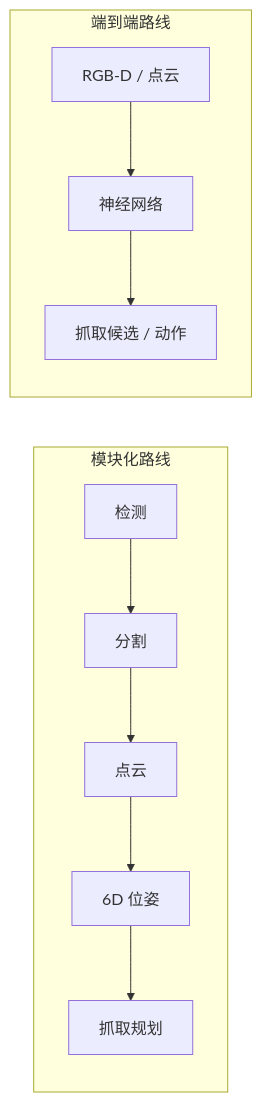
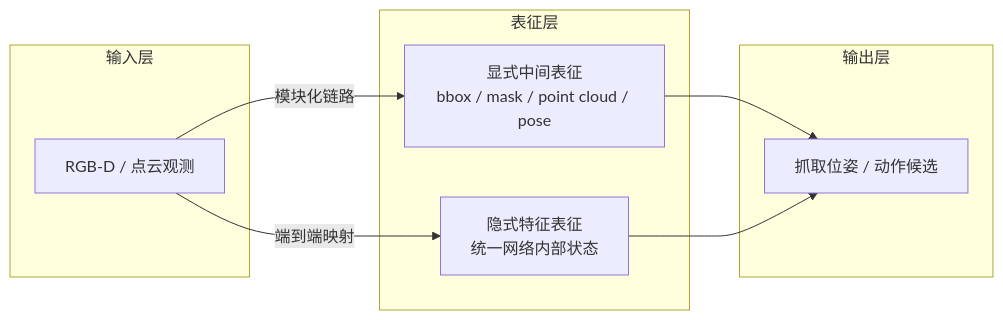
Before and after one commit to Xbotics-Embodied-AI-club/Xbotics-Embodied-AI-Handbook: the third of 12 diagrams in docs/part2-vision-manipulation/06-pose_0719.md, drawn with Mermaid. The commit also changed other lines of this file and 9 other files, not shown here.

````diff
--- a/docs/part2-vision-manipulation/06-pose_0719.md
+++ b/docs/part2-vision-manipulation/06-pose_0719.md
@@ -86,13 +105,17 @@
 ```mermaid
 flowchart LR
-    subgraph M[模块化路线]
-        M1[检测] --> M2[分割]
-        M2 --> M3[点云]
-        M3 --> M4[6D 位姿]
-        M4 --> M5[抓取规划]
+    subgraph I3[输入层]
+        A3[RGB-D / 点云观测]
     end
-    subgraph E[端到端路线]
-        E1[RGB-D / 点云] --> E2[神经网络]
-        E2 --> E3[抓取候选 / 动作]
+    subgraph R3[表征层]
+        B3[显式中间表征
+bbox / mask / point cloud / pose]
+        C3[隐式特征表征
+统一网络内部状态]
     end
+    subgraph O3[输出层]
+        D3[抓取位姿 / 动作候选]
+    end
+    A3 -->|模块化链路| B3 --> D3
+    A3 -->|端到端映射| C3 --> D3
 ```
````
